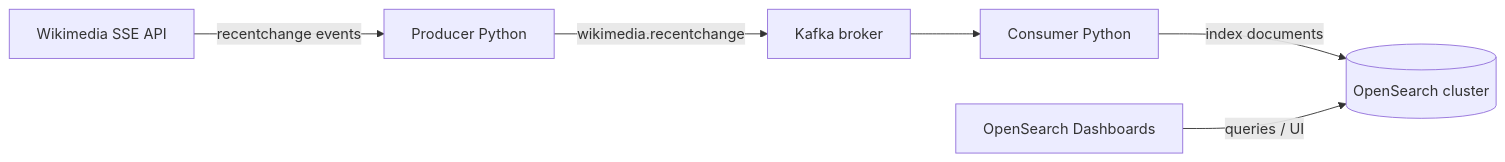
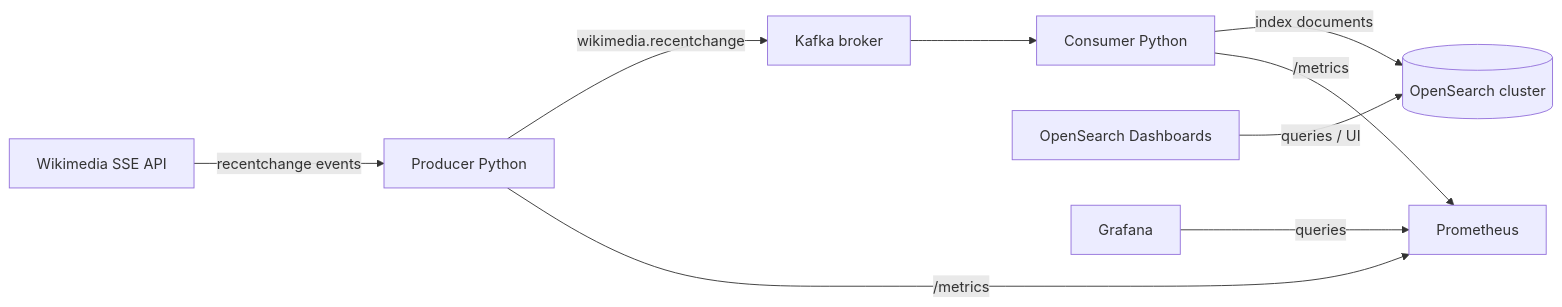
The diagram in README.md (mjmichael73/python-wikimedia-kafka-opensearch), drawn with Mermaid before and after one commit. The commit also changed other lines of this file and 13 other files, not shown here.

````diff
--- a/README.md
+++ b/README.md
@@ -9,15 +9,20 @@
 ```mermaid
 flowchart LR
     WM[Wikimedia SSE API]
     P[Producer Python]
     K[Kafka broker]
     C[Consumer Python]
     OS[(OpenSearch cluster)]
     DB[OpenSearch Dashboards]
+    PR[Prometheus]
+    GF[Grafana]
 
     WM -->|recentchange events| P
     P -->|wikimedia.recentchange| K
     K --> C
     C -->|index documents| OS
     DB -->|queries / UI| OS
+    P -->|/metrics| PR
+    C -->|/metrics| PR
+    GF -->|queries| PR
 ```
````
